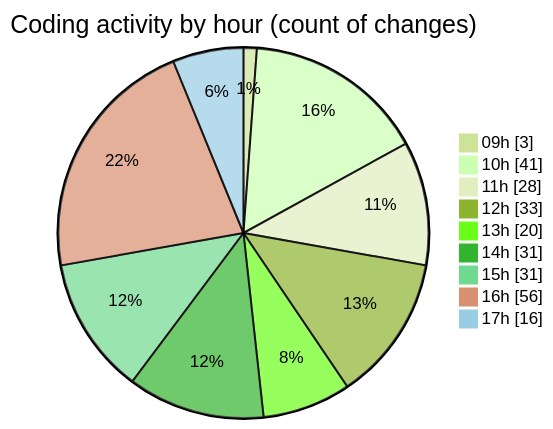
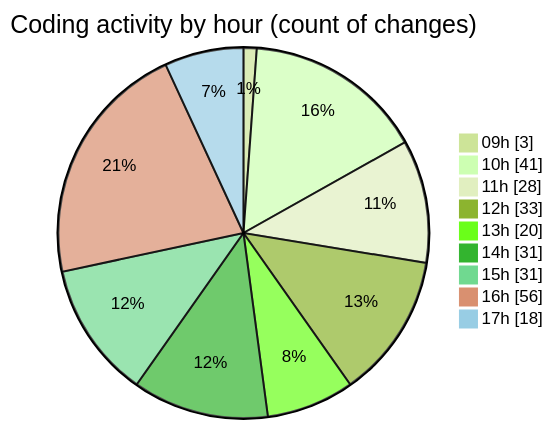
Before and after one commit to CELIANVF/code-tracking: the second of 2 diagrams in 2025-05-19/ecodeli-1/README.md, drawn with Mermaid (forest theme). The commit also changed other lines of this file and 1 other file, not shown here.

````diff
--- a/2025-05-19/ecodeli-1/README.md
+++ b/2025-05-19/ecodeli-1/README.md
@@ -101,13 +101,13 @@
 ```mermaid
 pie showData
 title Coding activity by hour (count of changes)
 "09h" : 3
 "10h" : 41
 "11h" : 28
 "12h" : 33
 "13h" : 20
 "14h" : 31
 "15h" : 31
 "16h" : 56
-"17h" : 16
+"17h" : 18
 ```
````
